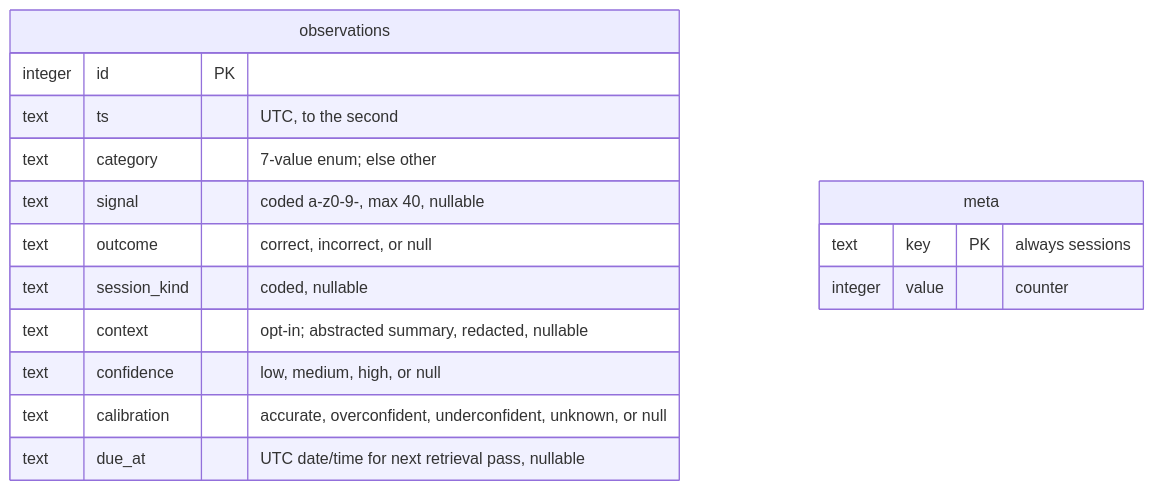
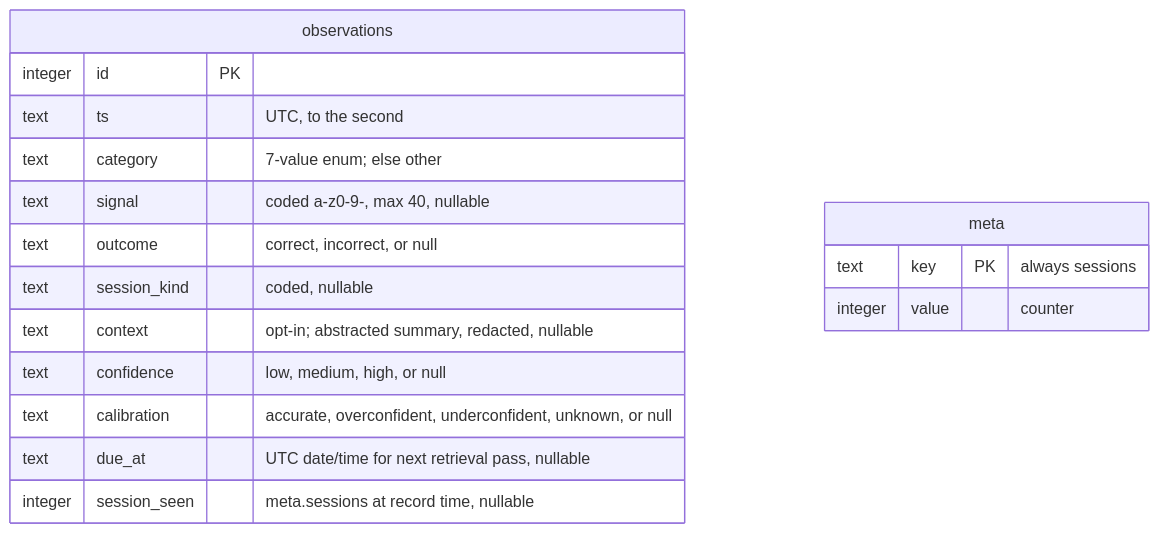
One commit to tvna/clairvoyance changed the first of 2 diagrams in docs/hooks.md. Above: the diagram before and after it, drawn with Mermaid. The commit also changed other lines of this file and 6 other files, not shown here.

````diff
--- a/docs/hooks.md
+++ b/docs/hooks.md
@@ -79,19 +86,20 @@
 ```mermaid
 erDiagram
     observations {
         integer id PK
         text ts "UTC, to the second"
         text category "7-value enum; else other"
         text signal "coded a-z0-9-, max 40, nullable"
         text outcome "correct, incorrect, or null"
         text session_kind "coded, nullable"
         text context "opt-in; abstracted summary, redacted, nullable"
         text confidence "low, medium, high, or null"
         text calibration "accurate, overconfident, underconfident, unknown, or null"
         text due_at "UTC date/time for next retrieval pass, nullable"
+        integer session_seen "meta.sessions at record time, nullable"
     }
     meta {
         text key PK "always sessions"
         integer value "counter"
     }
 ```
````
